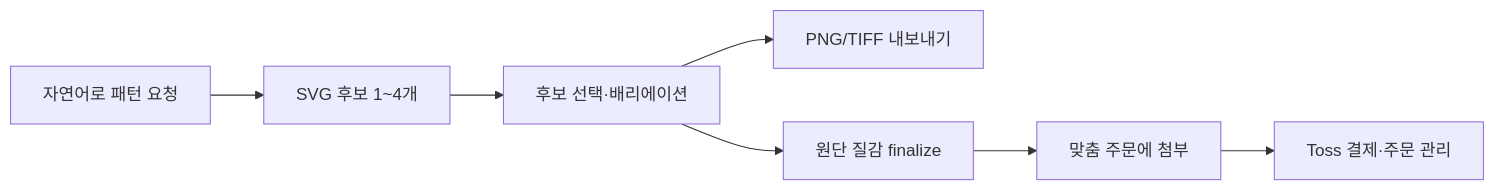
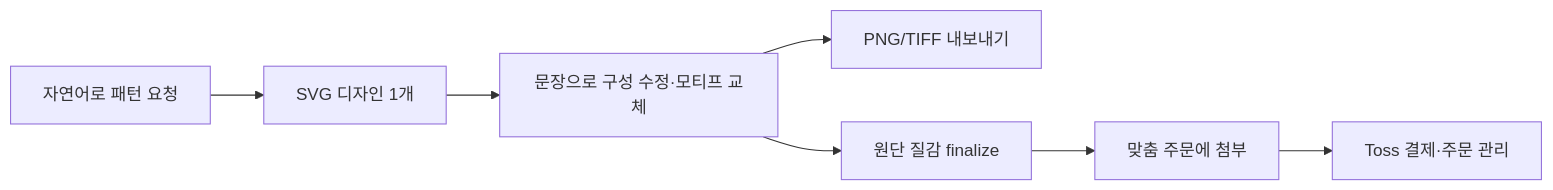
The first of 2 diagrams in README.md (Bongseop-Kim/essesion), drawn with Mermaid before and after one commit. The commit also changed other lines of this file and 83 other files, not shown here.

````diff
--- a/README.md
+++ b/README.md
@@ -39,9 +39,9 @@
 ```mermaid
 flowchart LR
-    A[자연어로 패턴 요청] --> B[SVG 후보 1~4개]
-    B --> C[후보 선택·배리에이션]
+    A[자연어로 패턴 요청] --> B[SVG 디자인 1개]
+    B --> C[문장으로 구성 수정·모티프 교체]
     C --> D[PNG/TIFF 내보내기]
     C --> E[원단 질감 finalize]
     E --> F[맞춤 주문에 첨부]
     F --> G[Toss 결제·주문 관리]
 ```
````
